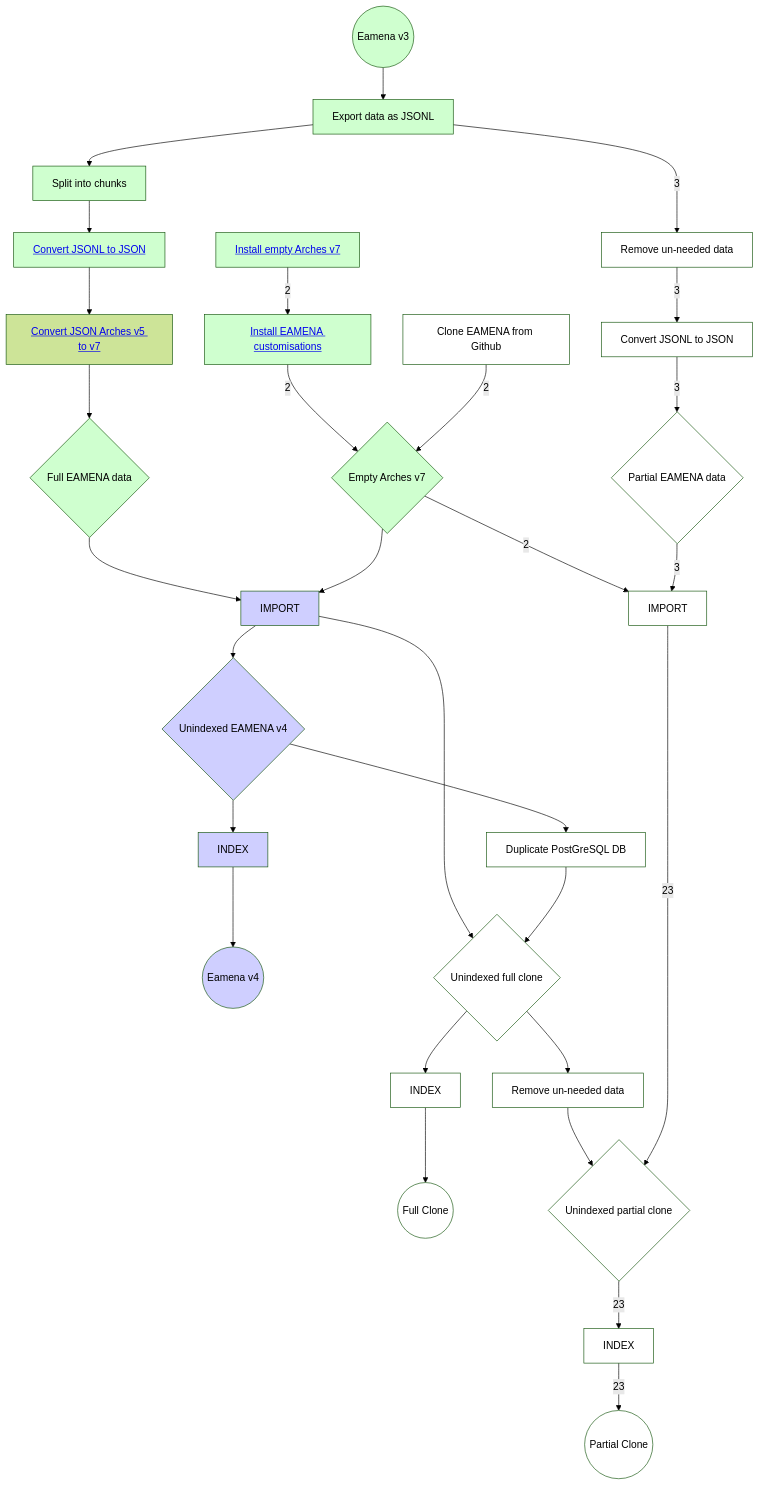
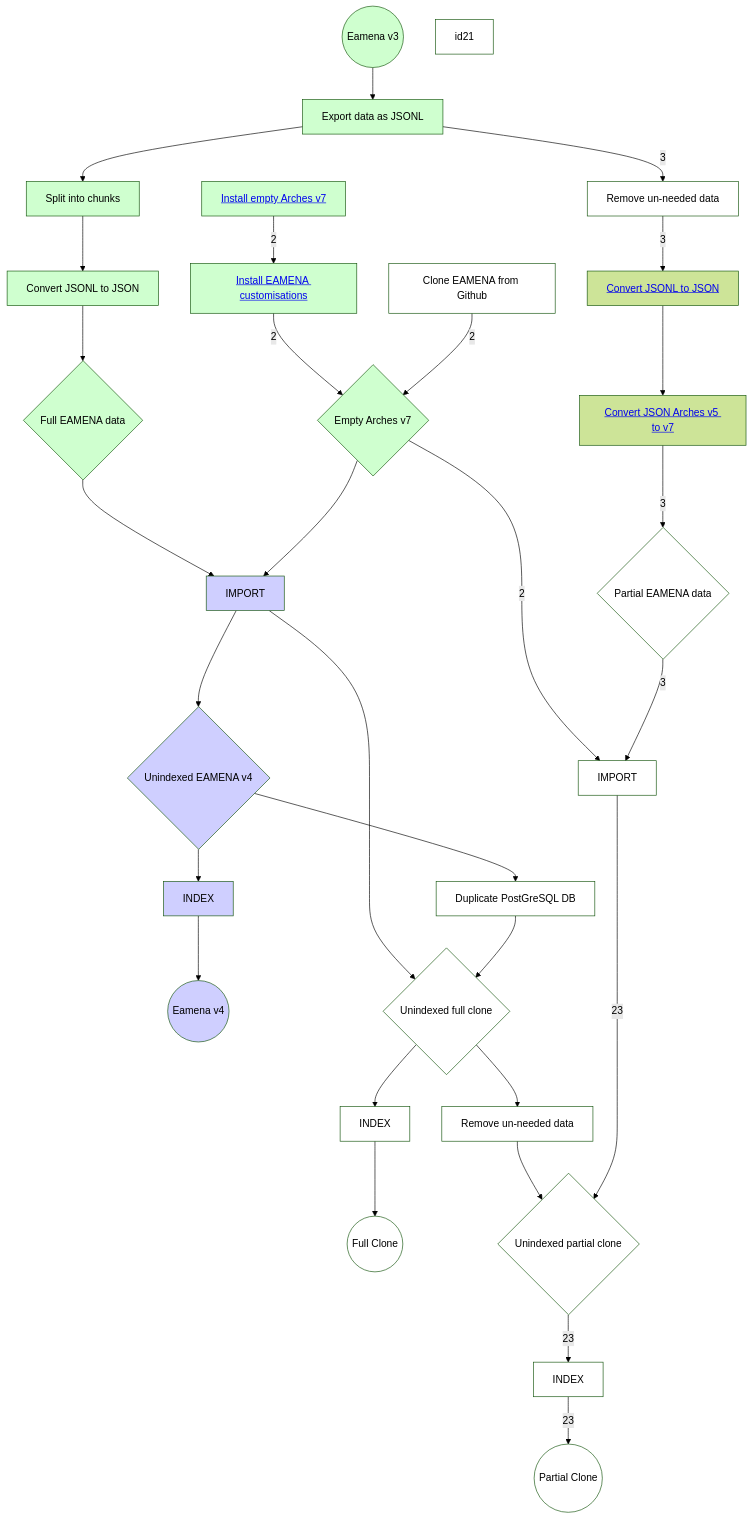
The first of 2 diagrams in dbs/database.eamena/install/README.md (eamena-project/eamena-arches-dev), drawn with Mermaid (forest theme) before and after one commit.

Commit message:
db install

````diff
--- a/dbs/database.eamena/install/README.md
+++ b/dbs/database.eamena/install/README.md
@@ -53,56 +53,56 @@
 ```mermaid
 flowchart
 	id1((Eamena v3))-->id2[Export data as JSONL]
 	id2-->id3[Split into chunks]
-	id3-->id4[ <a href='https://github.com/eamena-project/eamena-arches-dev/tree/main/dbs/database.eamena/install#convert-jsonl-to-json'>Convert JSONL to JSON </a> ]
-	id4-->id41[ <a href='https://github.com/eamena-project/eamena-arches-dev/tree/main/dbs/database.eamena/install#convert-json'>Convert JSON Arches v5 to v7</a> ]
-	id41-->id5{Full EAMENA data}
+	id3-->id4[Convert JSONL to JSON]
+	id4-->id5{Full EAMENA data}
 	id5-->id6[IMPORT]
 	id7[ <a href='https://github.com/eamena-project/eamena-arches-dev/tree/main/dbs/database.eamena/install#install-empty-arches-v7'> Install empty Arches v7 </a>] --2--> id25[ <a href='https://github.com/eamena-project/eamena-arches-dev/tree/main/dbs/database.eamena/install#install-eamena-customisations'>Install EAMENA customisations</a> ]
 	id25 --2--> id8{Empty Arches v7}
 	id9[Clone EAMENA from Github] --2--> id8
 	id8-->id6
 	id6-->id10{Unindexed EAMENA v4}
 	id10-->id11[Duplicate PostGreSQL DB]
 	id10-->id12[INDEX]
 	id12-->id13((Eamena v4))
 	id2 --3--> id14[Remove un-needed data]
 	id6-->id15{Unindexed full clone}
 	id11-->id15
 	id15-->id16[INDEX]
 	id16-->id17((Full Clone))
 	id18{Unindexed partial clone} --23--> id19[INDEX]
 	id19 --23--> id20((Partial Clone))
-	id14 --3--> id21[Convert JSONL to JSON]
-	id21 --3--> id22{Partial EAMENA data}
+	id14 --3--> id141[ <a href='https://github.com/eamena-project/eamena-arches-dev/tree/main/dbs/database.eamena/install#convert-jsonl-to-json'>Convert JSONL to JSON </a> ]
+	id141-->id211[ <a href='https://github.com/eamena-project/eamena-arches-dev/tree/main/dbs/database.eamena/install#convert-json-arches-v5-to-v7'>Convert JSON Arches v5 to v7</a> ]
+	id211 --3--> id22{Partial EAMENA data}
 	id15-->id23[Remove un-needed data]
 	id8 --2--> id24[IMPORT]
 	id22 --3--> id24
 	id23-->id18
 	id24 --23--> id18
 	style id1 fill:#CFFFCF
 	style id2 fill:#CFFFCF
 	style id3 fill:#CFFFCF
 	style id4 fill:#CFFFCF
 	style id5 fill:#CFFFCF
 	style id6 fill:#CFCFFF
 	style id7 fill:#CFFFCF
 	style id8 fill:#CFFFCF
 	style id9 fill:#FFFFFF
 	style id10 fill:#CFCFFF
 	style id11 fill:#FFFFFF
 	style id12 fill:#CFCFFF
 	style id13 fill:#CFCFFF
 	style id14 fill:#FFFFFF
 	style id15 fill:#FFFFFF
 	style id16 fill:#FFFFFF
 	style id17 fill:#FFFFFF
 	style id18 fill:#FFFFFF
 	style id19 fill:#FFFFFF
 	style id20 fill:#FFFFFF
 	style id21 fill:#FFFFFF
 	style id22 fill:#FFFFFF
 	style id23 fill:#FFFFFF
 	style id24 fill:#FFFFFF
 	style id25 fill:#CFFFCF
 ```
````
